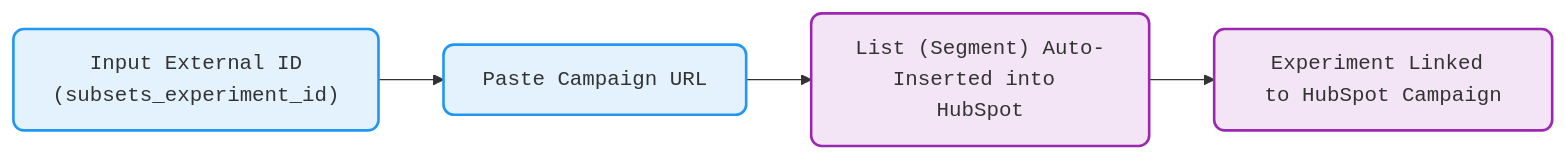
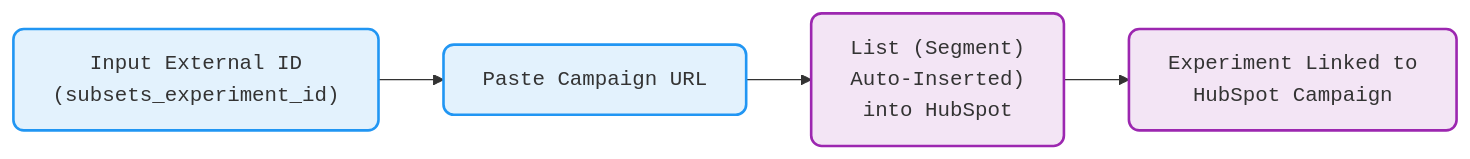
One commit to subsets-ai/subsets-ai changed the diagram in docs/Experiment Creation/HubSpot/Experiment-Creation.md. Above: the diagram before and after it, drawn with Mermaid.

Commit message:
refine styling

````diff
--- a/docs/Experiment Creation/HubSpot/Experiment-Creation.md
+++ b/docs/Experiment Creation/HubSpot/Experiment-Creation.md
@@ -25,12 +25,12 @@
 ```mermaid
 graph LR;
     A["Input External ID<br/>(subsets_experiment_id)"]:::userStep
     B["Paste Campaign URL"]:::userStep
-    C["List (Segment) Auto-Inserted into HubSpot"]:::subsetsStep
-    D["Experiment Linked to HubSpot Campaign"]:::subsetsStep
+    C["List (Segment)<br/>Auto-Inserted)<br/> into HubSpot"]:::subsetsStep
+    D["Experiment Linked to<br/>HubSpot Campaign"]:::subsetsStep
 
     A --> B --> C --> D
 
     classDef userStep fill:#e3f2fd,stroke:#2196f3,stroke-width:2px,rx:8,ry:8,font-family:monospace
     classDef subsetsStep fill:#f3e5f5,stroke:#9c27b0,stroke-width:2px,rx:8,ry:8,font-family:monospace
 ```
````
